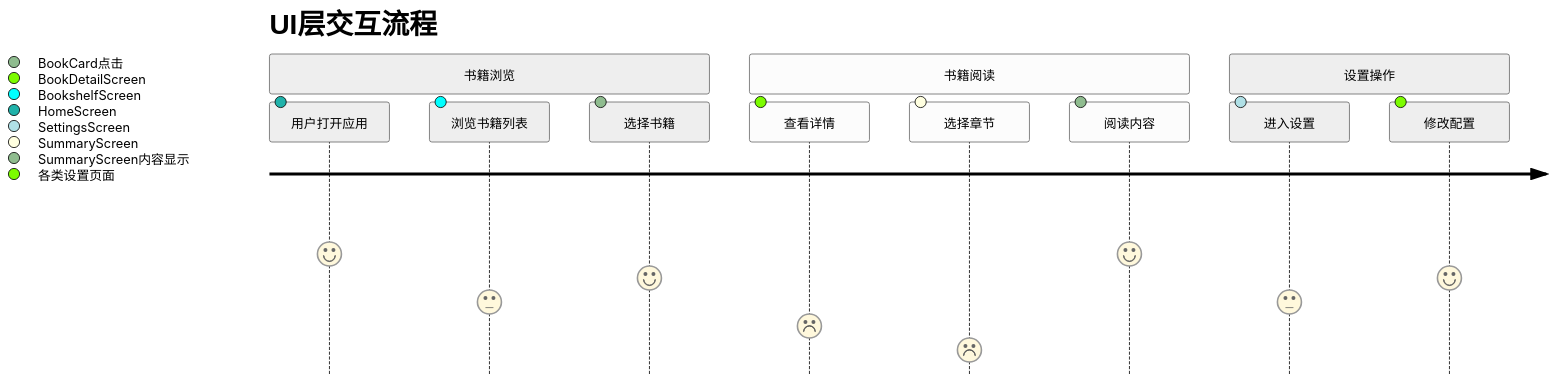
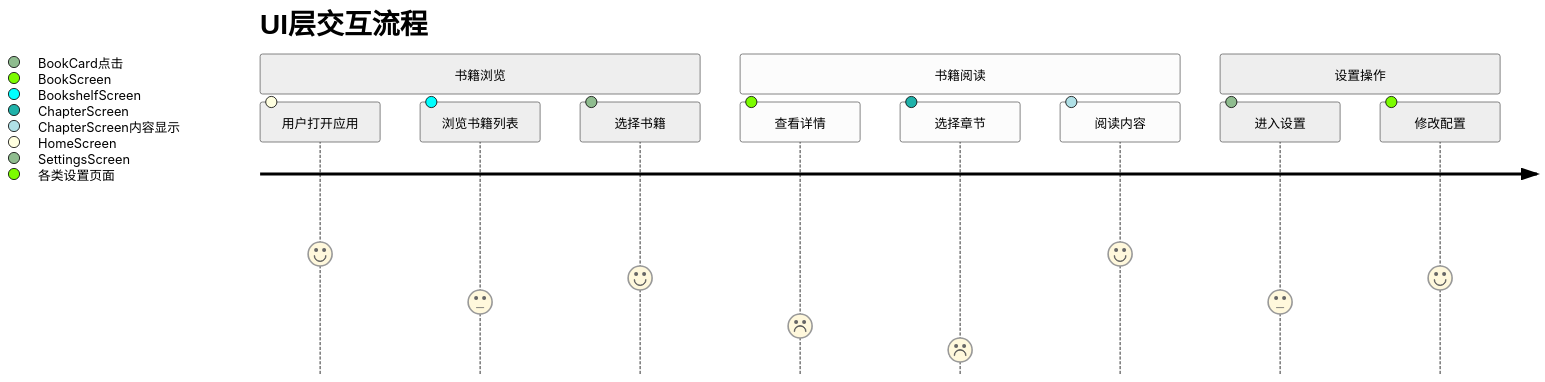
The fifth of 12 diagrams in docs/function_call_relationships_visual.md (jjzhang2000/zhidu), drawn with Mermaid (neutral theme) before and after one commit. The commit also changed other lines of this file and 30 other files, not shown here.

First line of the commit message:
refactor: 重命名 SummaryScreen 为 ChapterScreen，BookDetailScreen 为 BookScreen

````diff
--- a/docs/function_call_relationships_visual.md
+++ b/docs/function_call_relationships_visual.md
@@ -191,15 +191,15 @@
 ```mermaid
 journey
     title UI层交互流程
     section 书籍浏览
       用户打开应用: 5: HomeScreen
       浏览书籍列表: 3: BookshelfScreen
       选择书籍: 4: BookCard点击
     section 书籍阅读
-      查看详情: 2: BookDetailScreen
-      选择章节: 1: SummaryScreen
-      阅读内容: 5: SummaryScreen内容显示
+      查看详情: 2: BookScreen
+      选择章节: 1: ChapterScreen
+      阅读内容: 5: ChapterScreen内容显示
     section 设置操作
       进入设置: 3: SettingsScreen
       修改配置: 4: 各类设置页面
 ```
````
